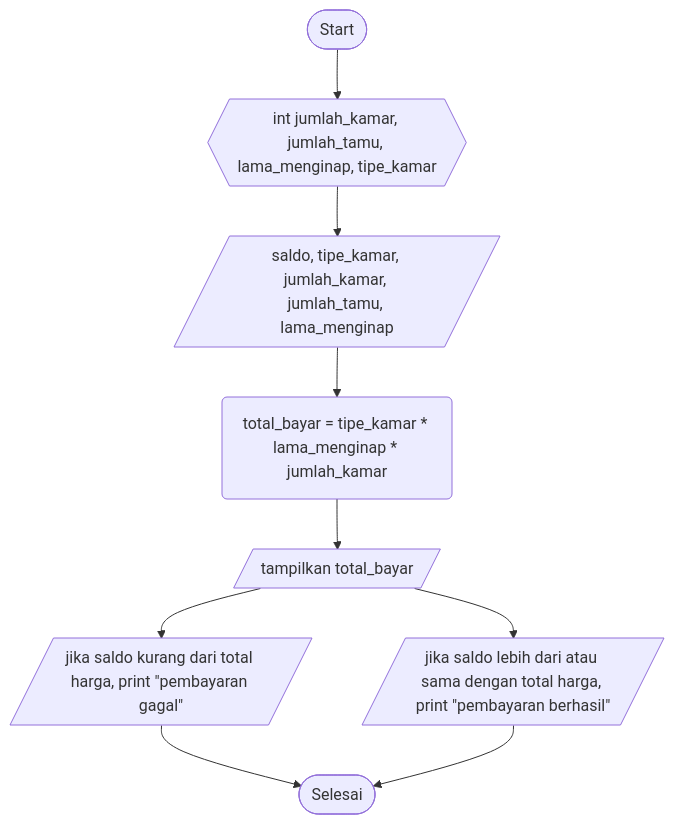
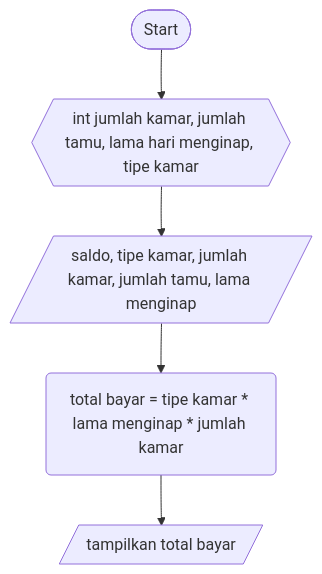
The diagram in BookingRuangan.md (SATRIODIANNUGROHO/Sample2.1), drawn with Mermaid before and after one commit.

````diff
--- a/BookingRuangan.md
+++ b/BookingRuangan.md
@@ -1,16 +1,8 @@
 ```mermaid
 flowchart TD;
-    A([Start])-->B{{
-        int jumlah_kamar;
-        int jumlah_tamu;
-        int lama_menginap;
-        int tipe_kamar;
-    }};
-    B{{int jumlah_kamar, jumlah_tamu, lama_menginap, tipe_kamar}}-->C[/saldo, tipe_kamar, jumlah_kamar, jumlah_tamu, lama_menginap/];
-    C[/saldo, tipe_kamar, jumlah_kamar, jumlah_tamu, lama_menginap/]-->D(total_bayar = tipe_kamar * lama_menginap * jumlah_kamar);
-    D(total_bayar = tipe_kamar * lama_menginap * jumlah_kamar)-->E[/tampilkan total_bayar/];
-    E[/tampilkan total_bayar/]-->F[/jika saldo kurang dari total harga, print "pembayaran gagal"/];
-    E[/tampilkan total_bayar/]-->G[/jika saldo lebih dari atau sama dengan total harga, print "pembayaran berhasil"/];
-    F[/jika saldo kurang dari total harga, print "pembayaran gagal"/]-->H([Selesai]);
-    G[/jika saldo lebih dari atau sama dengan total harga, print "pembayaran berhasil"/]-->H([Selesai]);
+    A([Start])-->B{{int jumlah kamar, jumlah tamu, lama hari menginap, tipe kamar}};
+    B{{int jumlah kamar, jumlah tamu, lama hari menginap, tipe kamar}}-->C[/saldo, tipe kamar, jumlah kamar, jumlah tamu, lama menginap/];
+    C[/saldo, tipe kamar, jumlah kamar, jumlah tamu, lama menginap/]-->D(total bayar = tipe kamar * lama menginap * jumlah kamar);
+    D(total bayar = tipe kamar * lama menginap * jumlah kamar)-->E[/tampilkan total bayar/];
+
 ```
````
